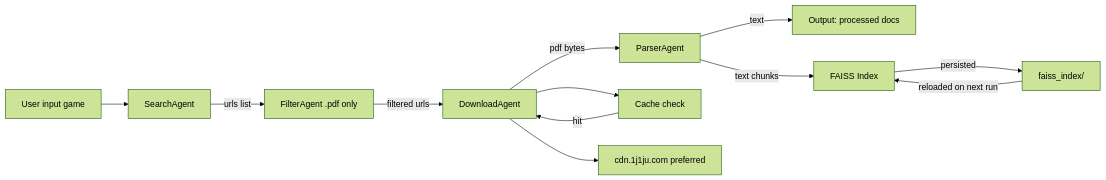
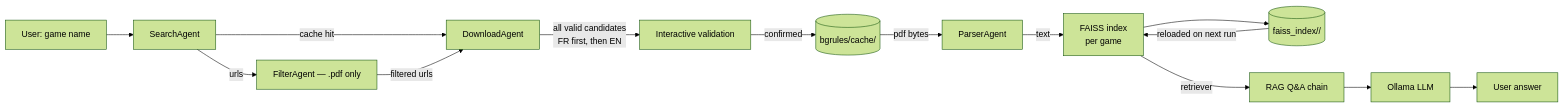
The first of 2 diagrams in README.md (AlexChariot/bgrules), drawn with Mermaid (forest theme) before and after one commit. The commit also changed other lines of this file and 4 other files, not shown here.

````diff
--- a/README.md
+++ b/README.md
@@ -25,17 +25,16 @@
 ```mermaid
 flowchart LR
-    A[User input game] --> B[SearchAgent]
-    B -->|urls list| C[FilterAgent .pdf only]
+    A[User: game name] --> B[SearchAgent]
+    B -->|cache hit| D
+    B -->|urls| C[FilterAgent — .pdf only]
     C -->|filtered urls| D[DownloadAgent]
-    D -->|pdf bytes| E[ParserAgent]
-    E -->|text| F[Output: processed docs]
-
-    D --> G[Cache check]
-    G -->|hit| D
-
-    D --> H[cdn.1j1ju.com preferred]
-
-    E -->|text chunks| I[FAISS Index]
-    I -->|persisted| J[faiss_index/]
+    D -->|all valid candidates\nFR first, then EN| V[Interactive validation]
+    V -->|confirmed| Cache[(bgrules/cache/)]
+    Cache -->|pdf bytes| E[ParserAgent]
+    E -->|text| I[FAISS index\nper game]
+    I --> J[(faiss_index/<stem>/)]
     J -->|reloaded on next run| I
+    I -->|retriever| R[RAG Q&A chain]
+    R --> LLM[Ollama LLM]
+    LLM --> U[User answer]
 ```
````
